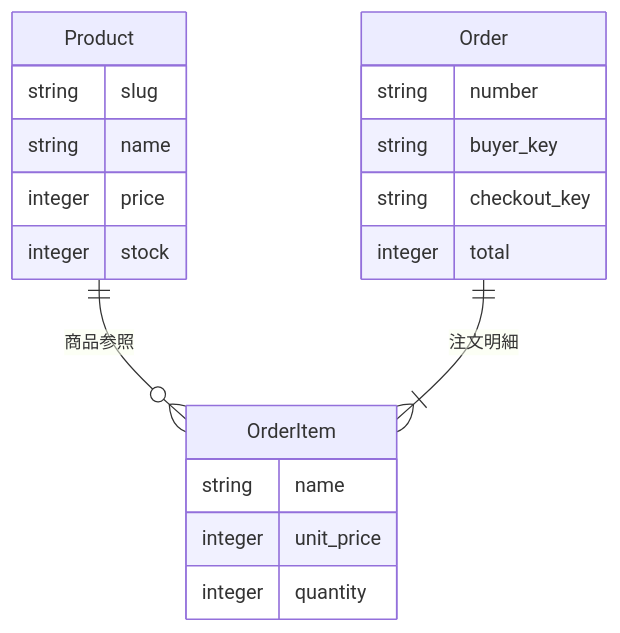
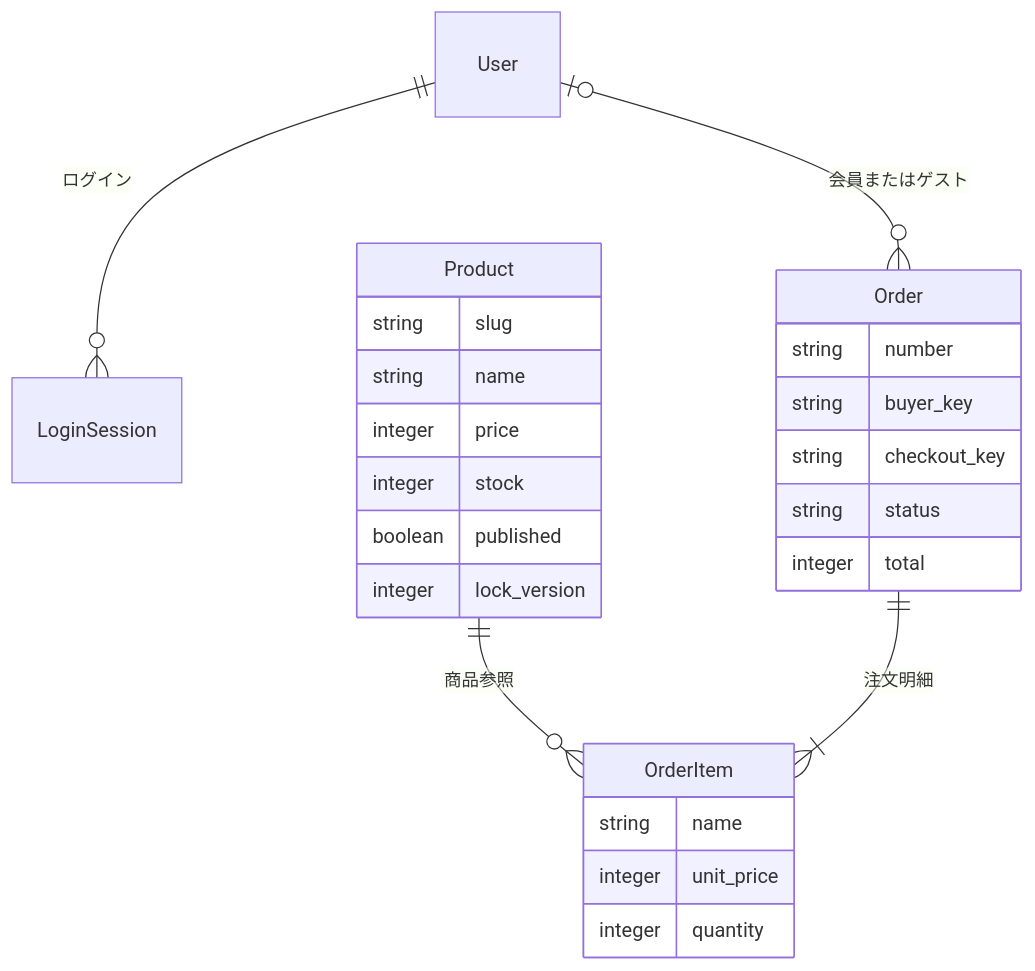
Before and after one commit to Sparklingstadt/rails-ec-store: the diagram in README.md, drawn with Mermaid. The commit also changed other lines of this file and 5 other files, not shown here.

````diff
--- a/README.md
+++ b/README.md
@@ -74,22 +83,27 @@
 ```mermaid
 erDiagram
+  User ||--o{ LoginSession : "ログイン"
+  User o|--o{ Order : "会員またはゲスト"
   Product ||--o{ OrderItem : "商品参照"
   Order ||--|{ OrderItem : "注文明細"
   Product {
     string slug
     string name
     integer price
     integer stock
+    boolean published
+    integer lock_version
   }
   Order {
     string number
     string buyer_key
     string checkout_key
+    string status
     integer total
   }
   OrderItem {
     string name
     integer unit_price
     integer quantity
   }
 ```
````
